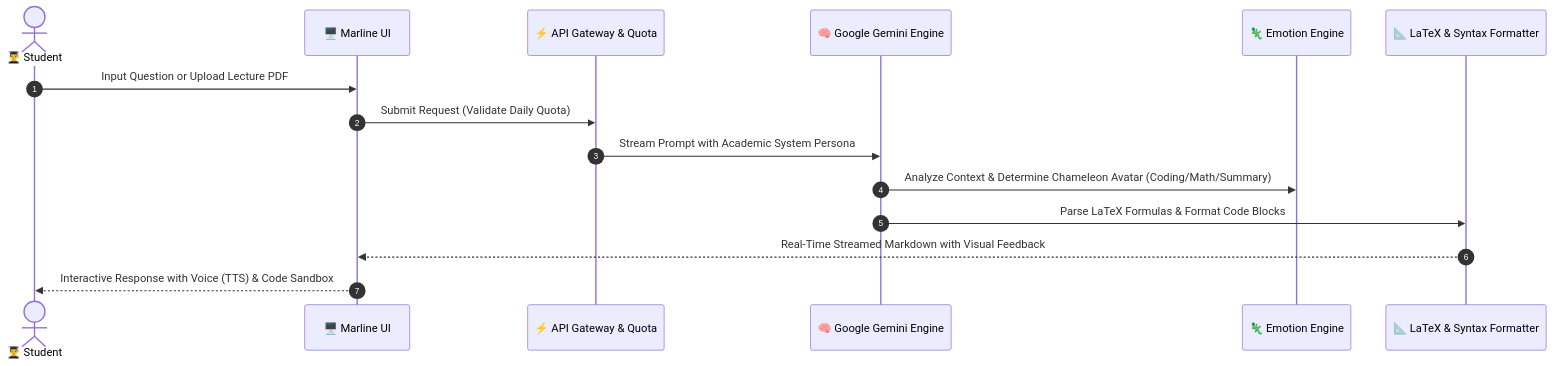
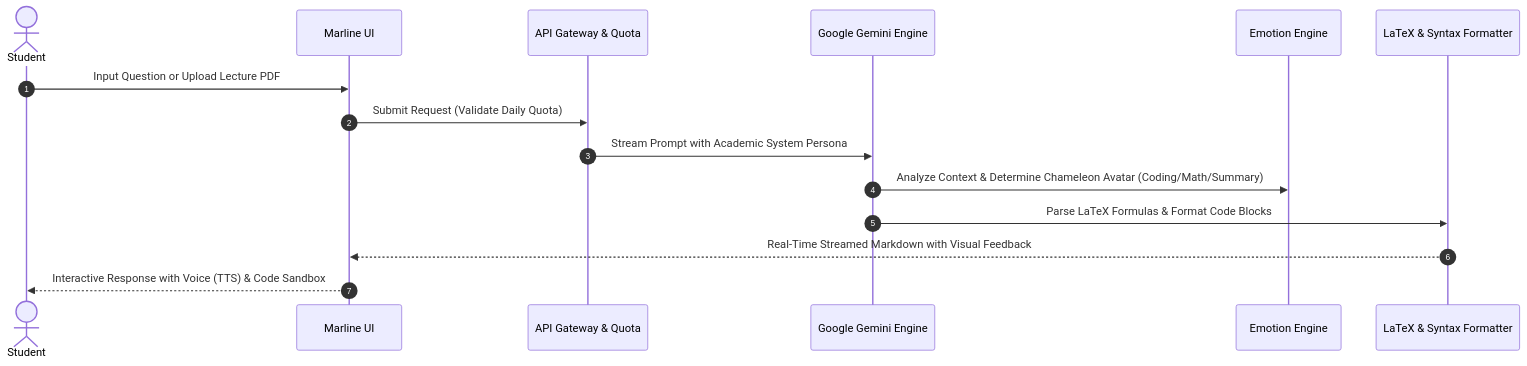
The second of 3 diagrams in README.md (poz659312-afk/Version_3_testing), drawn with Mermaid before and after one commit. The commit also changed other lines of this file and 1 other file, not shown here.

````diff
--- a/README.md
+++ b/README.md
@@ -105,18 +105,18 @@
 ```mermaid
 sequenceDiagram
     autonumber
-    actor Student as 👨‍🎓 Student
-    participant UI as 🖥️ Marline UI
-    participant Gateway as ⚡ API Gateway & Quota
-    participant AI as 🧠 Google Gemini Engine
-    participant Emotion as 🦎 Emotion Engine
-    participant Render as 📐 LaTeX & Syntax Formatter
+    actor Student as Student
+    participant UI as Marline UI
+    participant Gateway as API Gateway & Quota
+    participant AI as Google Gemini Engine
+    participant Emotion as Emotion Engine
+    participant Render as LaTeX & Syntax Formatter
 
     Student->>UI: Input Question or Upload Lecture PDF
     UI->>Gateway: Submit Request (Validate Daily Quota)
     Gateway->>AI: Stream Prompt with Academic System Persona
     AI->>Emotion: Analyze Context & Determine Chameleon Avatar (Coding/Math/Summary)
     AI->>Render: Parse LaTeX Formulas & Format Code Blocks
     Render-->>UI: Real-Time Streamed Markdown with Visual Feedback
     UI-->>Student: Interactive Response with Voice (TTS) & Code Sandbox
 ```
````
